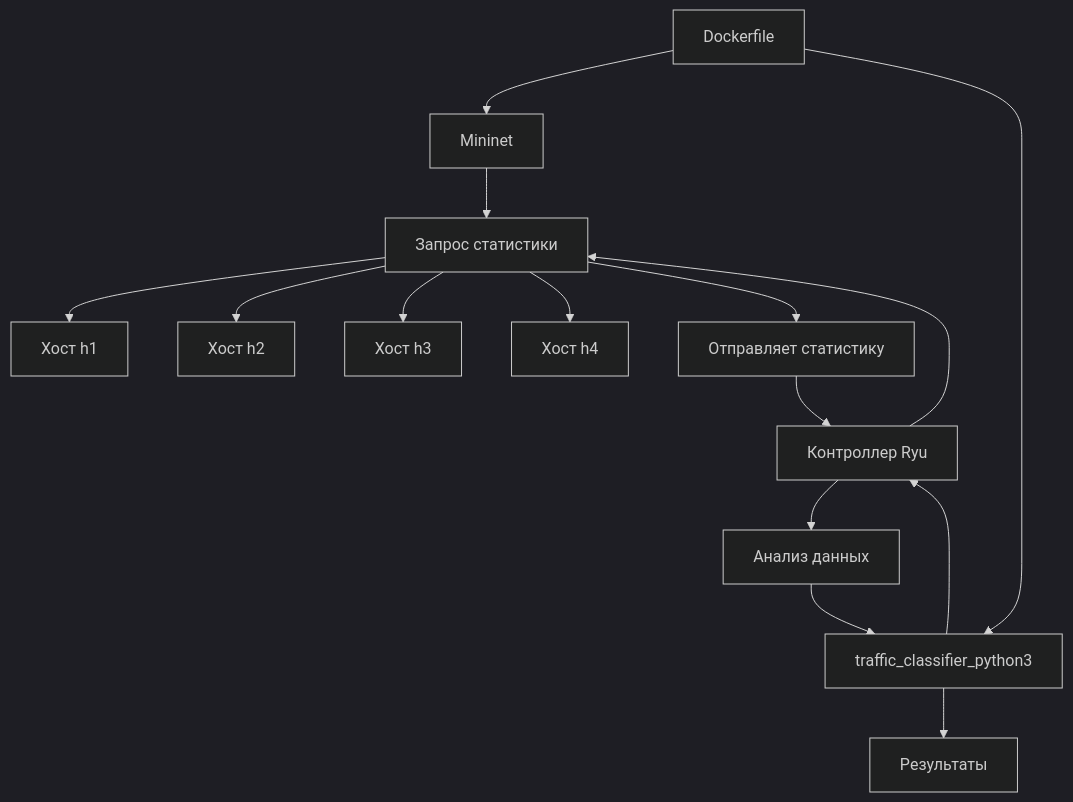
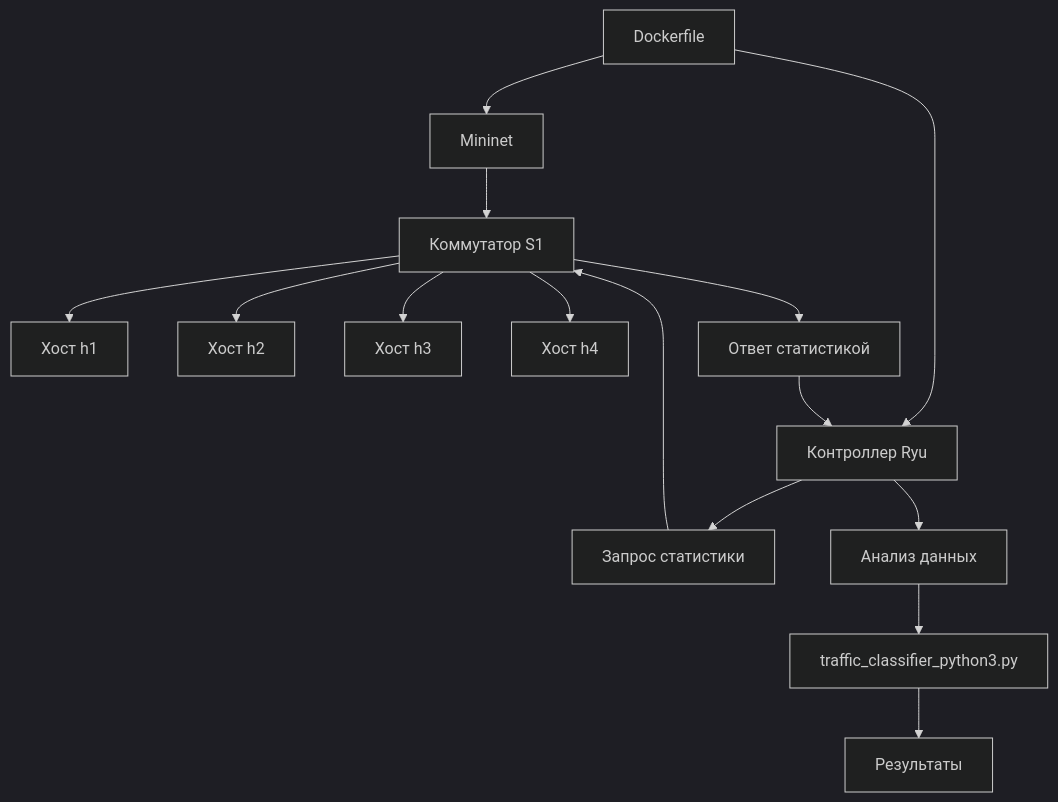
The first of 2 diagrams in README.md (kartavu/Diplom), drawn with Mermaid (dark theme) before and after one commit.

````diff
--- a/README.md
+++ b/README.md
@@ -56,18 +56,18 @@
 ```mermaid
 graph TD
-  A[Dockerfile] --> B[Mininet]
-  B --> S1[Коммутатор s1]
-  S1 --> H1[Хост h1]
-  S1 --> H2[Хост h2]
-  S1 --> H3[Хост h3]
-  S1 --> H4[Хост h4]
+    Dockerfile --> Mininet
+    Mininet --> S1[Коммутатор S1]
+    S1 --> H1[Хост h1]
+    S1 --> H2[Хост h2]
+    S1 --> H3[Хост h3]
+    S1 --> H4[Хост h4]
 
-  A --> C[traffic_classifier_python3]
-  C --> D[Контроллер Ryu]
-  D --> S1[Запрос статистики]
-  S1 --> E[Отправляет статистику]
-  E --> D
-  D --> F[Анализ данных]
-  F --> C
-  C --> G[Pезультаты]
+    Dockerfile --> Ryu[Контроллер Ryu]
+    Ryu --> Req[Запрос статистики]
+    Req --> S1
+    S1 --> Resp[Ответ статистикой]
+    Resp --> Ryu
+    Ryu --> Analysis[Анализ данных]
+    Analysis --> Classifier[traffic_classifier_python3.py]
+    Classifier --> Results[Результаты]
 ```
````
